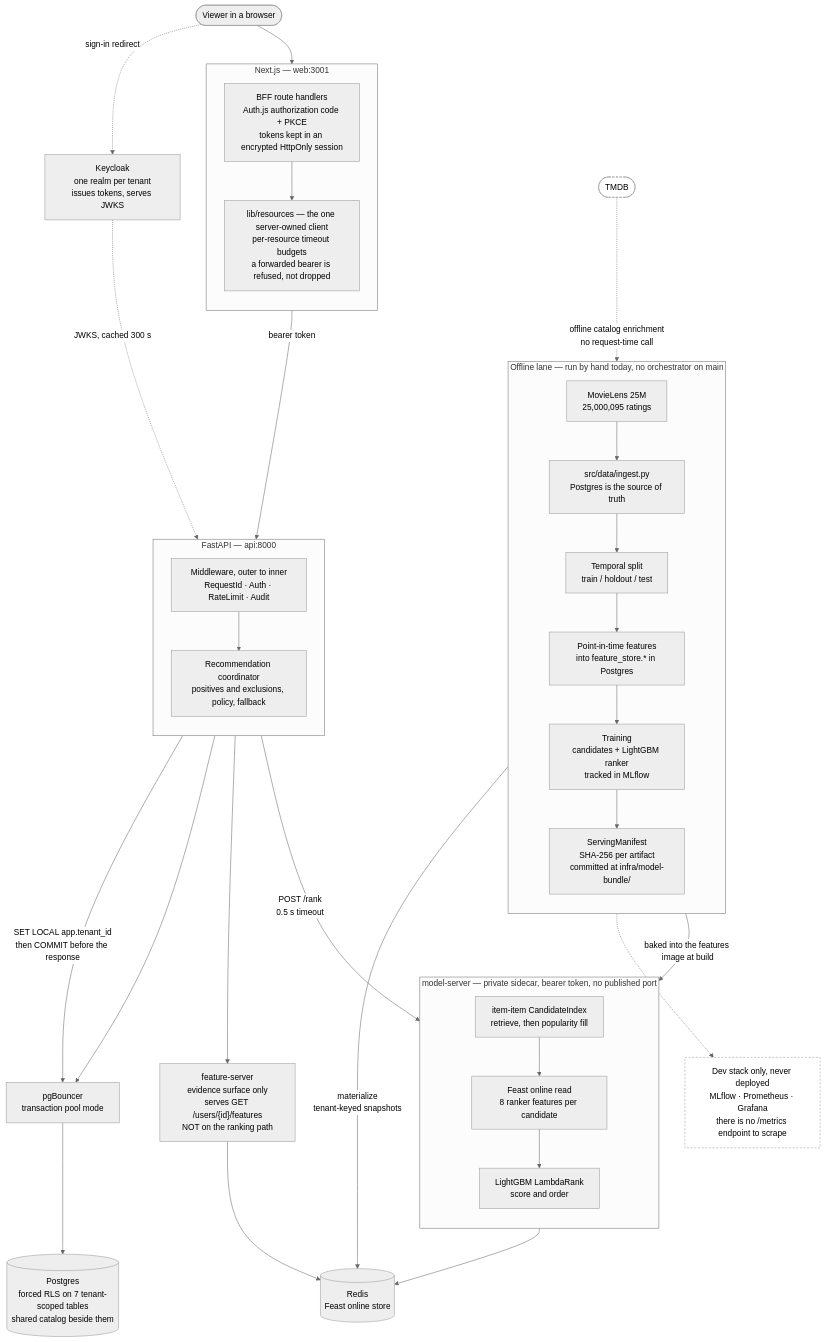
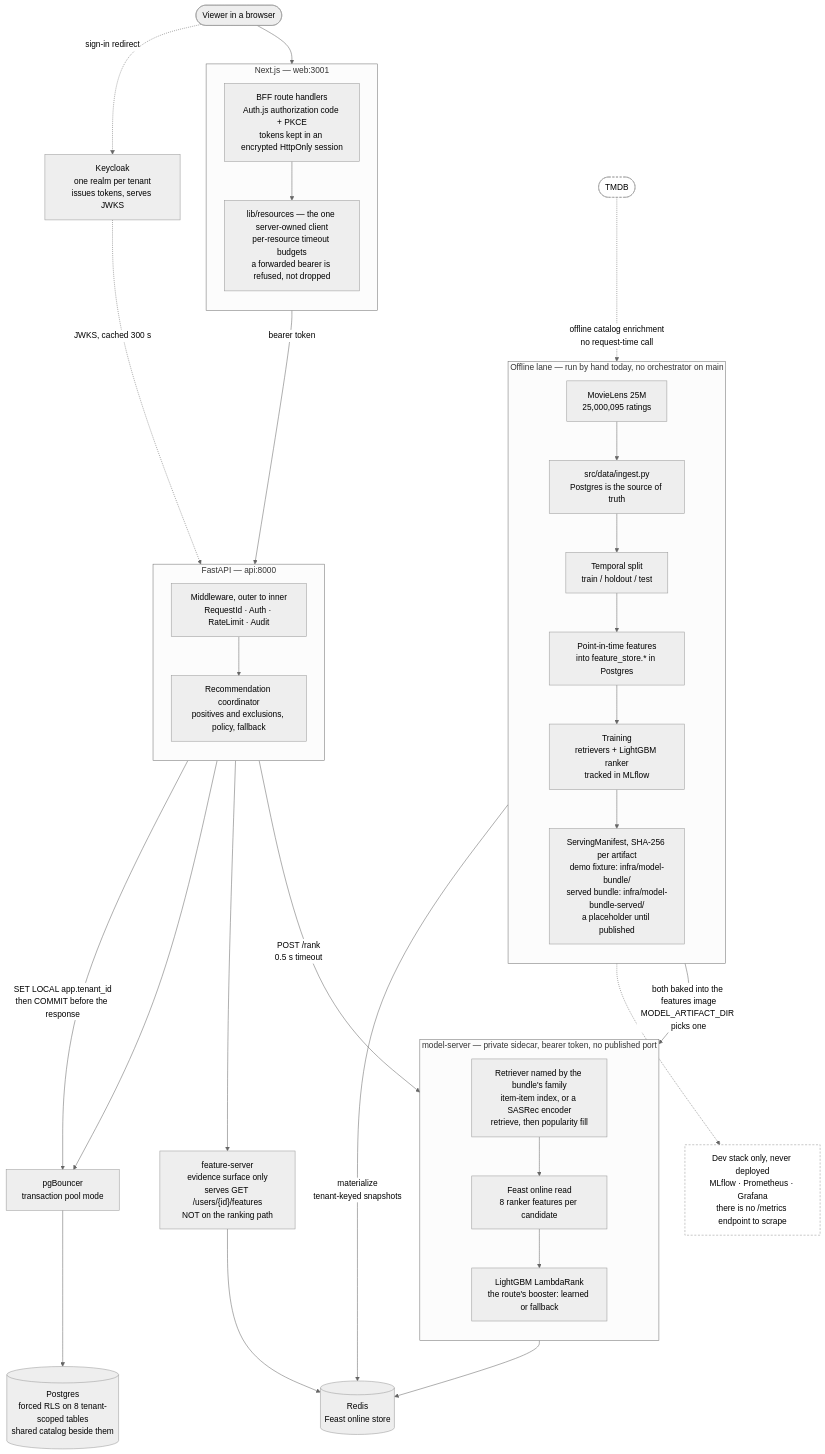
Before and after one commit to kudratsingh/MovieLens-RecSys: the diagram in docs/diagrams/src/system-overview.mmd, drawn with Mermaid (neutral theme). The commit also changed 44 other files, not shown here.

```diff
--- a/docs/diagrams/src/system-overview.mmd
+++ b/docs/diagrams/src/system-overview.mmd
@@ -1,70 +1,71 @@
 %% Sources: docker-compose.yml, docker-compose.demo.yml, docker-compose.prod.yml,
 %% src/serving/app.py, src/serving/orchestration.py, src/serving/model_server.py,
 %% src/auth/middleware.py, src/features/online.py, src/features/feast_repo/,
-%% src/models/artifacts.py, infra/model-bundle/manifest.json,
+%% src/serving/sequence_retrieval.py, src/models/artifacts.py,
+%% infra/model-bundle/manifest.json, infra/features/Dockerfile,
 %% synthetic/personas/enrich_posters.py, alembic/versions/.
 %% Not drawn because they do not exist on main: Prefect, Evidently, a model
 %% registry, an A/B router, a /metrics endpoint.
 flowchart TB
   V(["Viewer in a browser"])
 
   subgraph WEB["Next.js — web:3001"]
     direction TB
     BFF["BFF route handlers<br/>Auth.js authorization code + PKCE<br/>tokens kept in an encrypted HttpOnly session"]
     RC["lib/resources — the one server-owned client<br/>per-resource timeout budgets<br/>a forwarded bearer is refused, not dropped"]
     BFF --> RC
   end
 
   subgraph API["FastAPI — api:8000"]
     direction TB
     MW["Middleware, outer to inner<br/>RequestId · Auth · RateLimit · Audit"]
     CO["Recommendation coordinator<br/>positives and exclusions, policy, fallback"]
     MW --> CO
   end
 
   subgraph SIDE["model-server — private sidecar, bearer token, no published port"]
     direction TB
-    CI["item-item CandidateIndex<br/>retrieve, then popularity fill"]
+    CI["Retriever named by the bundle's family<br/>item-item index, or a SASRec encoder<br/>retrieve, then popularity fill"]
     FT["Feast online read<br/>8 ranker features per candidate"]
-    LG["LightGBM LambdaRank<br/>score and order"]
+    LG["LightGBM LambdaRank<br/>the route's booster: learned or fallback"]
     CI --> FT --> LG
   end
 
   KC["Keycloak<br/>one realm per tenant<br/>issues tokens, serves JWKS"]
   PGB["pgBouncer<br/>transaction pool mode"]
-  PG[("Postgres<br/>forced RLS on 7 tenant-scoped tables<br/>shared catalog beside them")]
+  PG[("Postgres<br/>forced RLS on 8 tenant-scoped tables<br/>shared catalog beside them")]
   RD[("Redis<br/>Feast online store")]
   FSV["feature-server<br/>evidence surface only<br/>serves GET /users/{id}/features<br/>NOT on the ranking path"]
 
   V --> BFF
   V -. "sign-in redirect" .-> KC
   RC -- "bearer token" --> MW
   KC -. "JWKS, cached 300 s" .-> MW
   MW -- "SET LOCAL app.tenant_id<br/>then COMMIT before the response" --> PGB
   PGB --> PG
   CO -- "POST /rank<br/>0.5 s timeout" --> CI
   CO --> PGB
   MW --> FSV
   FT --> RD
   FSV --> RD
 
   subgraph OFF["Offline lane — run by hand today, no orchestrator on main"]
     direction TB
     ML["MovieLens 25M<br/>25,000,095 ratings"]
     ING["src/data/ingest.py<br/>Postgres is the source of truth"]
     SPL["Temporal split<br/>train / holdout / test"]
     FEA["Point-in-time features<br/>into feature_store.* in Postgres"]
-    TRN["Training<br/>candidates + LightGBM ranker<br/>tracked in MLflow"]
-    BUN["ServingManifest<br/>SHA-256 per artifact<br/>committed at infra/model-bundle/"]
+    TRN["Training<br/>retrievers + LightGBM ranker<br/>tracked in MLflow"]
+    BUN["ServingManifest, SHA-256 per artifact<br/>demo fixture: infra/model-bundle/<br/>served bundle: infra/model-bundle-served/<br/>a placeholder until published"]
     ML --> ING --> SPL --> FEA --> TRN --> BUN
   end
 
   TMDB(["TMDB"]) -. "offline catalog enrichment<br/>no request-time call" .-> ING
-  BUN -- "baked into the features image at build" --> CI
+  BUN -- "both baked into the features image<br/>MODEL_ARTIFACT_DIR picks one" --> CI
   FEA -- "materialize<br/>tenant-keyed snapshots" --> RD
 
   DEV["Dev stack only, never deployed<br/>MLflow · Prometheus · Grafana<br/>there is no /metrics endpoint to scrape"]
   TRN -.-> DEV
 
   classDef edge fill:#00000000,stroke-dasharray:4 3
   class DEV,TMDB edge
```
